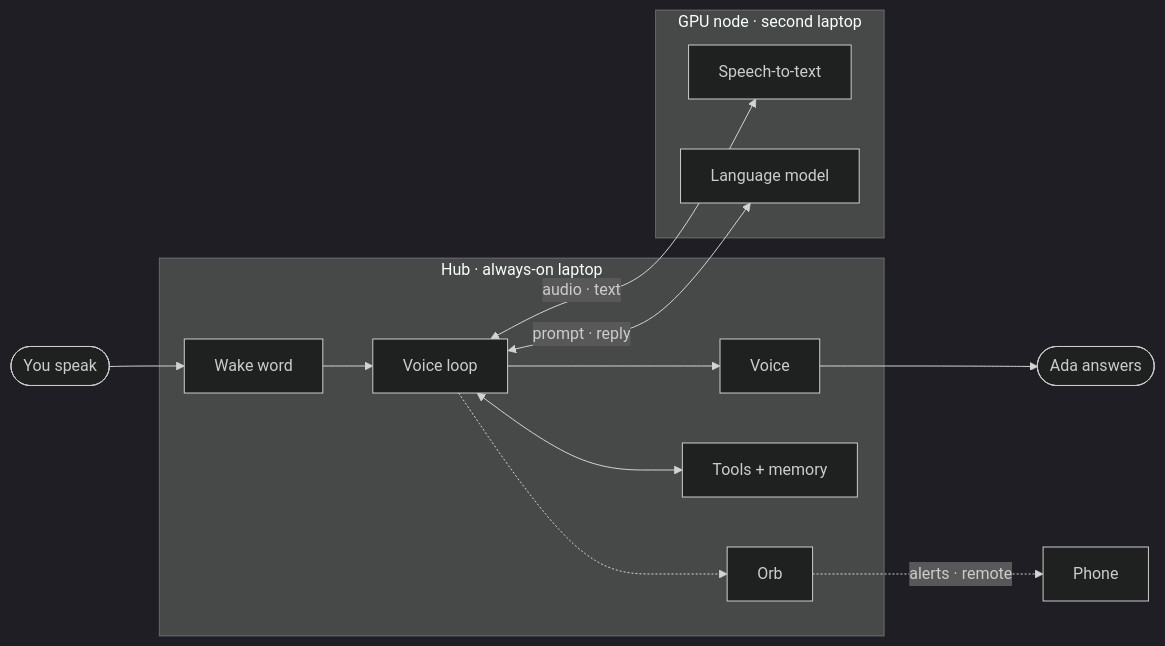
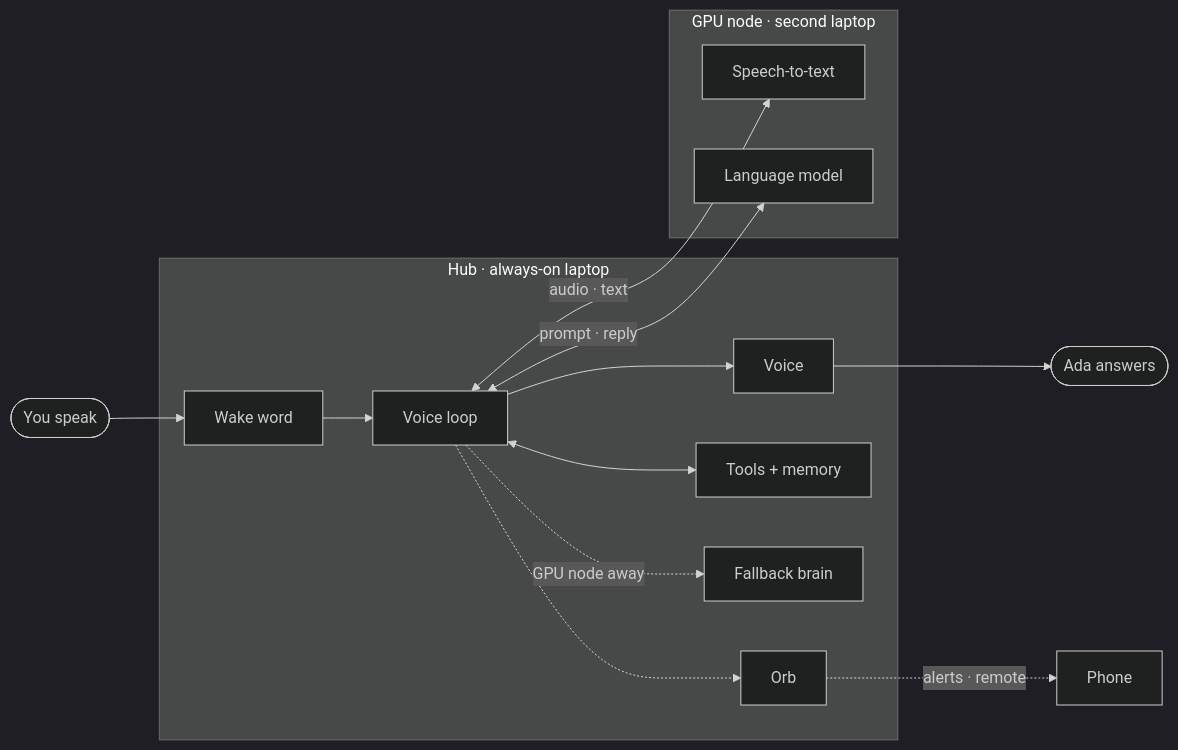
Before and after one commit to Givemeboga/A.D.A: the diagram in README.md, drawn with Mermaid (dark theme). The commit also changed other lines of this file, not shown here.

Commit message:
Update README: fallback brain, Tailscale, desktop orb, uv setup

````diff
--- a/README.md
+++ b/README.md
@@ -44,18 +46,19 @@
 ```mermaid
 flowchart LR
     you(["You speak"]) --> wake
     subgraph hub["Hub · always-on laptop"]
         wake["Wake word"] --> loop["Voice loop"]
         loop --> voice["Voice"]
         loop <--> tools["Tools + memory"]
+        loop -. GPU node away .-> small["Fallback brain"]
         loop -.-> orb["Orb"]
     end
     subgraph gpu["GPU node · second laptop"]
         stt["Speech-to-text"]
         llm["Language model"]
     end
     loop <-- audio · text --> stt
     loop <-- prompt · reply --> llm
     voice --> ans(["Ada answers"])
     orb -. alerts · remote .-> phone["Phone"]
 ```
````
